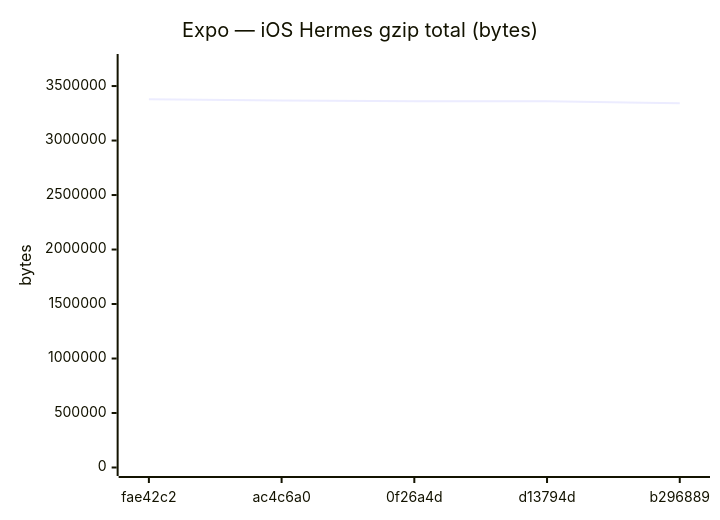
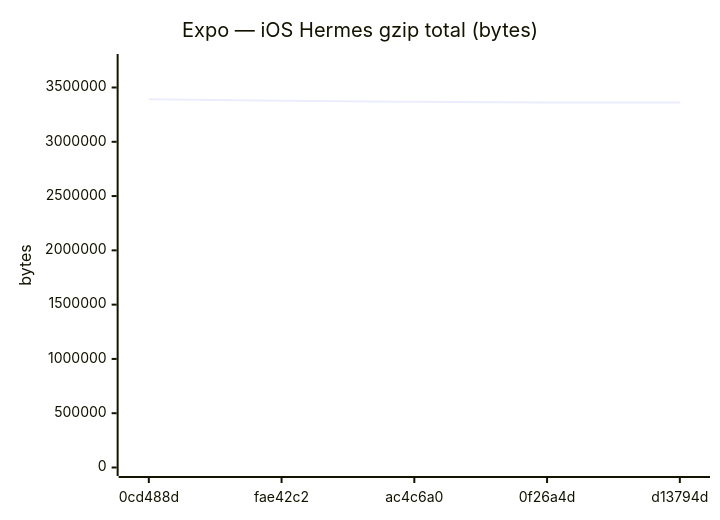
One commit to Metaheurist/Rianell changed diagram 12 of 18 in benchmarks/compare.md. Above: the diagram before and after it, drawn with Mermaid. The commit also changed other lines of this file and 11 other files, not shown here.

````diff
--- a/benchmarks/compare.md
+++ b/benchmarks/compare.md
@@ -179,7 +179,7 @@
 ```mermaid
 xychart-beta
     title "Expo — iOS Hermes gzip total (bytes)"
-    x-axis ["fae42c2", "ac4c6a0", "0f26a4d", "d13794d", "b296889"]
-    y-axis "bytes" 0 --> 3716109
-    line [3378280, 3368083, 3360774, 3360776, 3341646]
+    x-axis ["0cd488d", "fae42c2", "ac4c6a0", "0f26a4d", "d13794d"]
+    y-axis "bytes" 0 --> 3730236
+    line [3391123, 3378280, 3368083, 3360774, 3360776]
 ```
````
